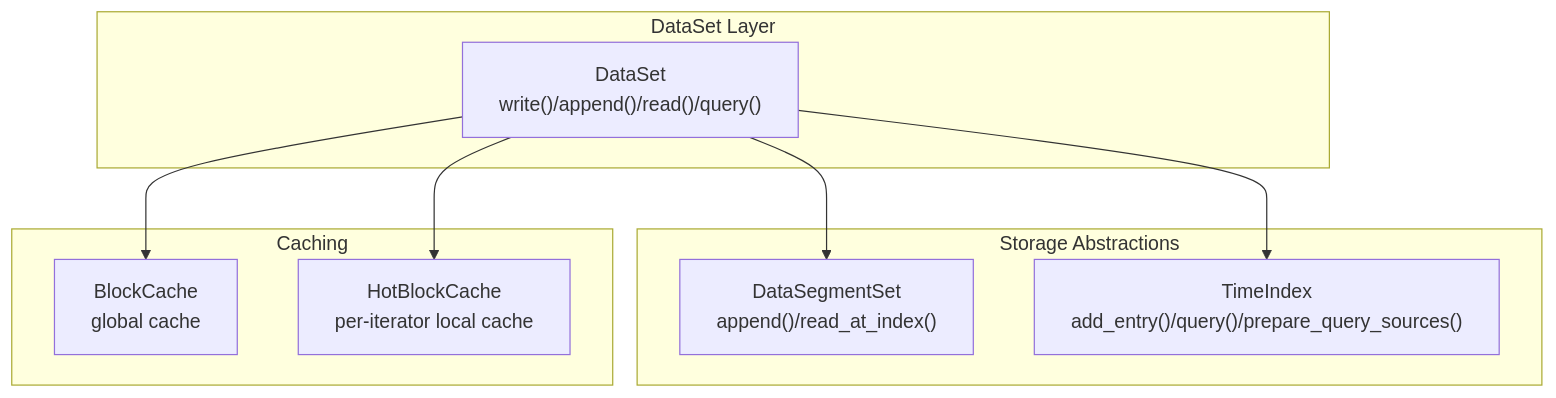
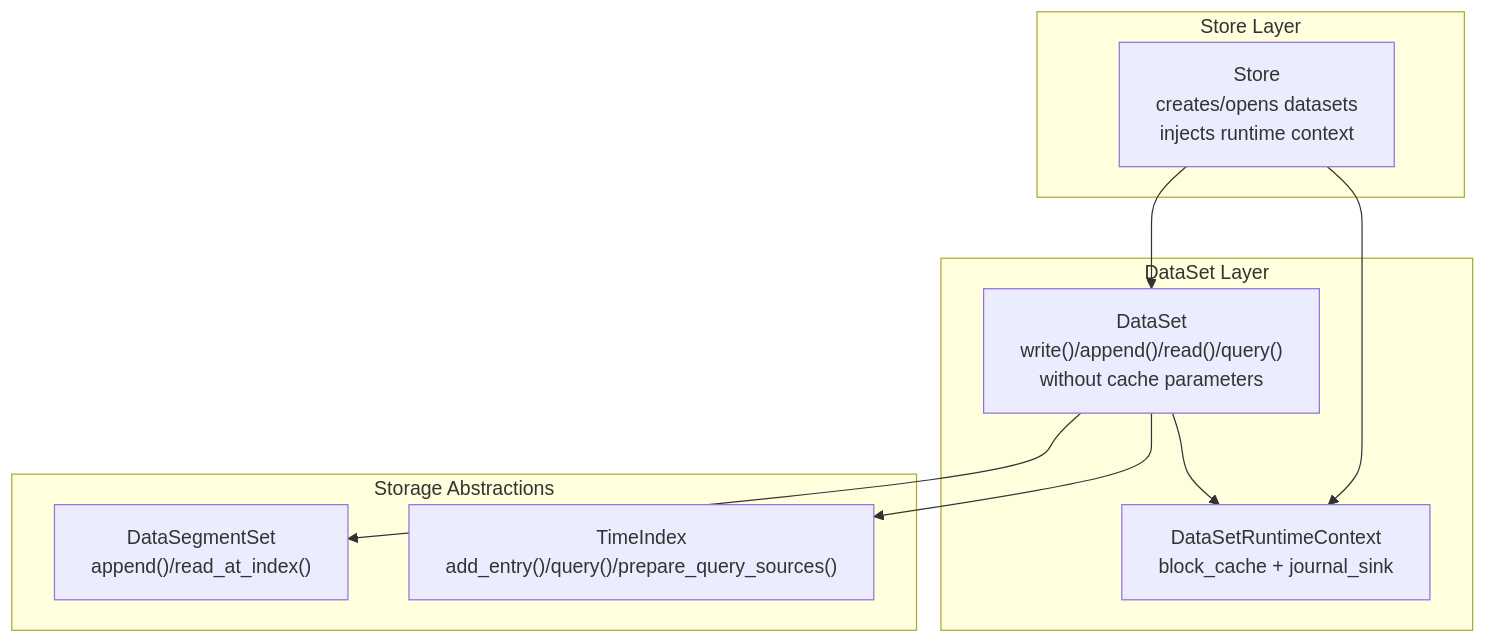
Before and after one commit to snower/timslite: the first of 5 diagrams in .qoder/repowiki/en/content/API Reference/Rust API/Dataset Operations.md, drawn with Mermaid. The commit also changed other lines of this file and 35 other files, not shown here.

````diff
--- a/.qoder/repowiki/en/content/API Reference/Rust API/Dataset Operations.md
+++ b/.qoder/repowiki/en/content/API Reference/Rust API/Dataset Operations.md
@@ -49,18 +61,19 @@
 ```mermaid
 graph TB
+subgraph "Store Layer"
+Store["Store<br/>creates/opens datasets<br/>injects runtime context"]
+end
 subgraph "DataSet Layer"
-DS["DataSet<br/>write()/append()/read()/query()"]
+DS["DataSet<br/>write()/append()/read()/query()<br/>without cache parameters"]
+RTC["DataSetRuntimeContext<br/>block_cache + journal_sink"]
 end
 subgraph "Storage Abstractions"
 DSS["DataSegmentSet<br/>append()/read_at_index()"]
 TI["TimeIndex<br/>add_entry()/query()/prepare_query_sources()"]
 end
-subgraph "Caching"
-BC["BlockCache<br/>global cache"]
-HBC["HotBlockCache<br/>per-iterator local cache"]
-end
 DS --> DSS
 DS --> TI
-DS --> BC
-DS --> HBC
+DS --> RTC
+Store --> DS
+Store --> RTC
 ```
````
